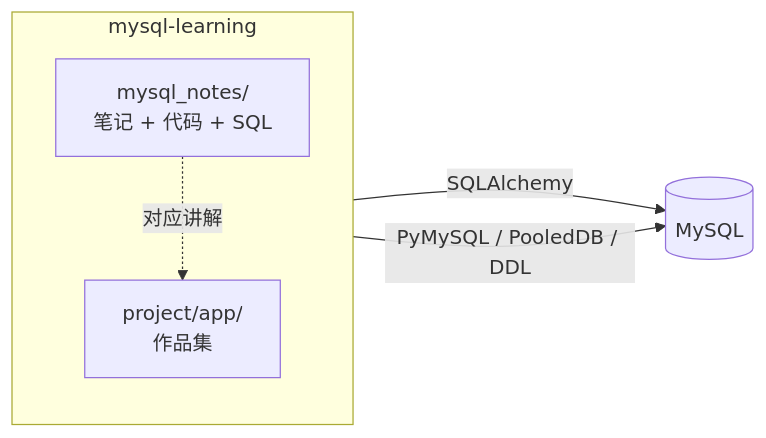
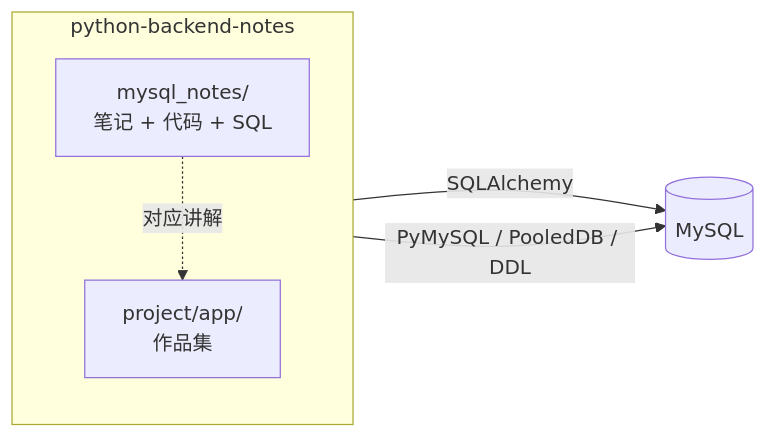
The second of 2 diagrams in docs/ARCHITECTURE.md (hqw77/mysql-learn), drawn with Mermaid before and after one commit. The commit also changed other lines of this file and 6 other files, not shown here.

First line of the commit message:
rename: 仓库更名 python-backend-notes，清理文件里残留的旧名字

````diff
--- a/docs/ARCHITECTURE.md
+++ b/docs/ARCHITECTURE.md
@@ -201,12 +201,12 @@
 ```mermaid
 flowchart LR
-    subgraph repo["mysql-learning"]
+    subgraph repo["python-backend-notes"]
         direction TB
         app["project/app/<br/>作品集"]
         chapters["mysql_notes/<br/>笔记 + 代码 + SQL"]
     end
 
     app -->|SQLAlchemy| mysql[("MySQL")]
     chapters -->|PyMySQL / PooledDB / DDL| mysql
     chapters -.->|对应讲解| app
 ```
````
